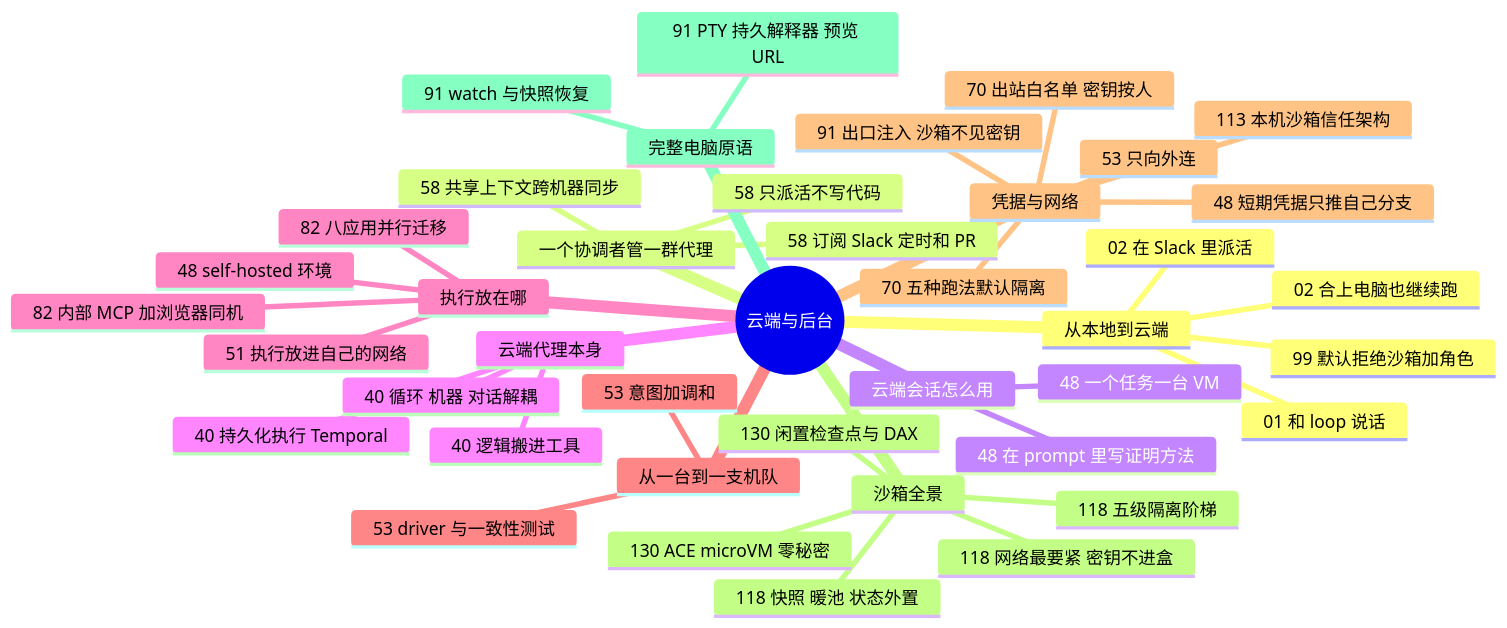
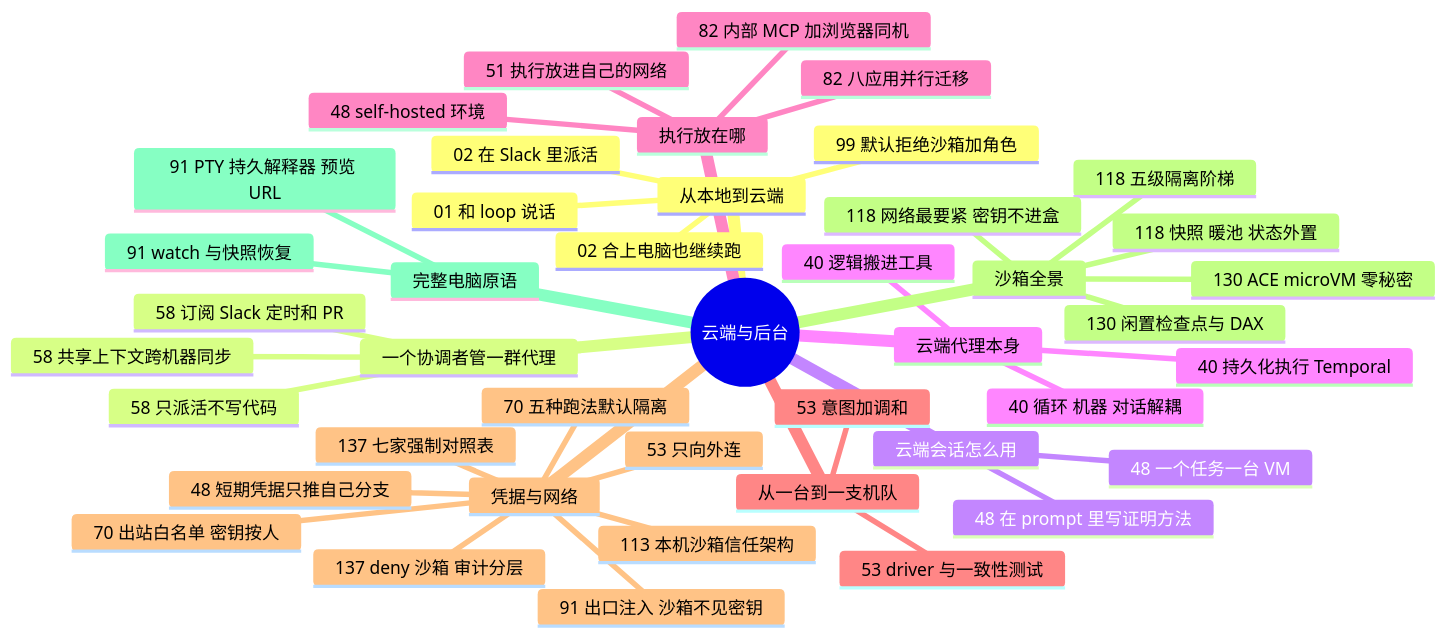
One commit to yzw7489757/ai-coding-videos changed the diagram in docs/guide/cloud.md. Above: the diagram before and after it, drawn with Mermaid. The commit also changed other lines of this file and 17 other files, not shown here.

````diff
--- a/docs/guide/cloud.md
+++ b/docs/guide/cloud.md
@@ -13,44 +13,46 @@
 ```mermaid
 mindmap
   root((云端与后台))
     从本地到云端
       99 默认拒绝沙箱加角色
       01 和 loop 说话
       02 合上电脑也继续跑
       02 在 Slack 里派活
     一个协调者管一群代理
       58 只派活不写代码
       58 共享上下文跨机器同步
       58 订阅 Slack 定时和 PR
     云端会话怎么用
       48 一个任务一台 VM
       48 在 prompt 里写证明方法
     云端代理本身
       40 持久化执行 Temporal
       40 循环 机器 对话解耦
       40 逻辑搬进工具
     执行放在哪
       51 执行放进自己的网络
       48 self-hosted 环境
       82 内部 MCP 加浏览器同机
       82 八应用并行迁移
     从一台到一支机队
       53 意图加调和
       53 driver 与一致性测试
     凭据与网络
       48 短期凭据只推自己分支
       53 只向外连
       70 出站白名单 密钥按人
       70 五种跑法默认隔离
       91 出口注入 沙箱不见密钥
       113 本机沙箱信任架构
+      137 七家强制对照表
+      137 deny 沙箱 审计分层
     沙箱全景
       130 ACE microVM 零秘密
       130 闲置检查点与 DAX
       118 五级隔离阶梯
       118 快照 暖池 状态外置
       118 网络最要紧 密钥不进盒
     完整电脑原语
       91 PTY 持久解释器 预览 URL
       91 watch 与快照恢复
 ```
````
